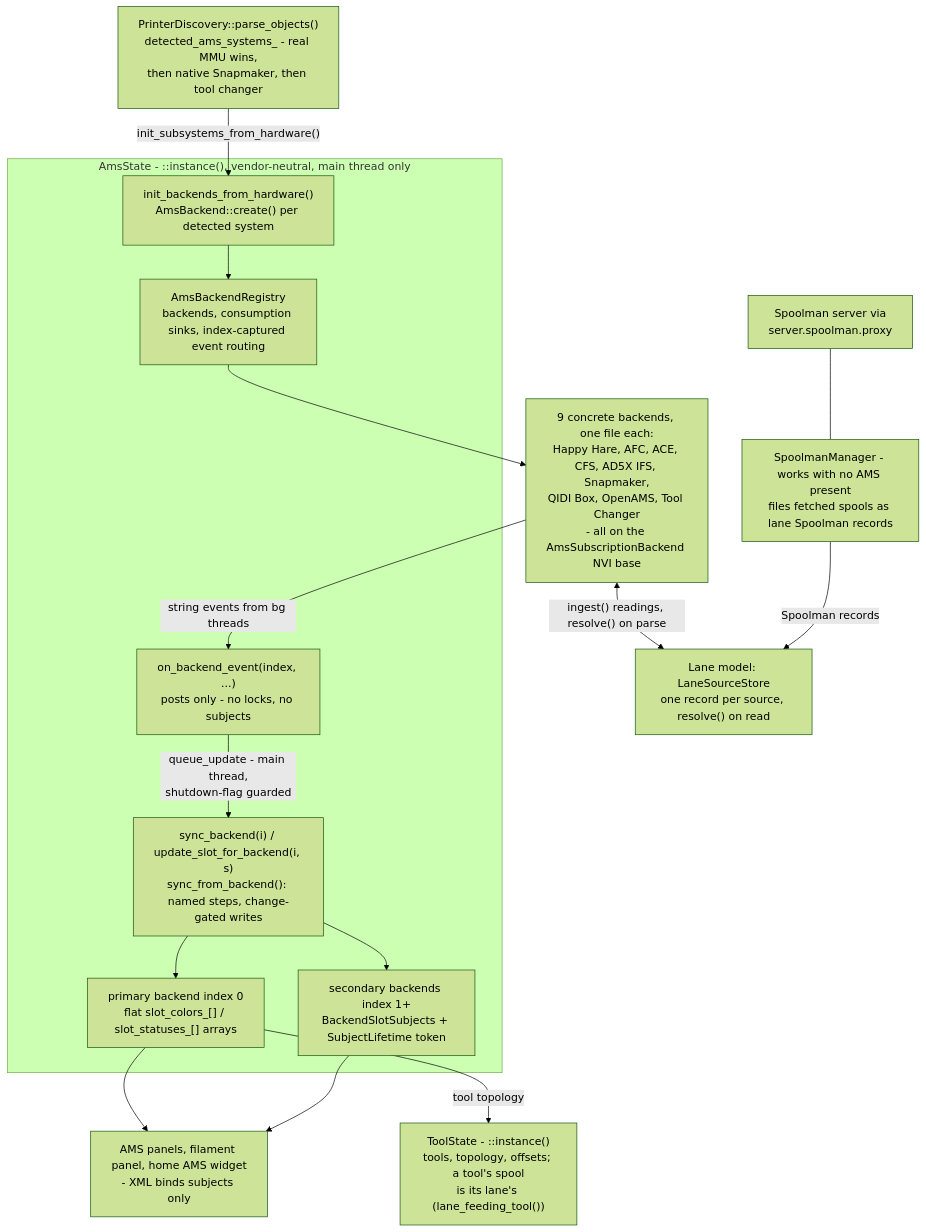
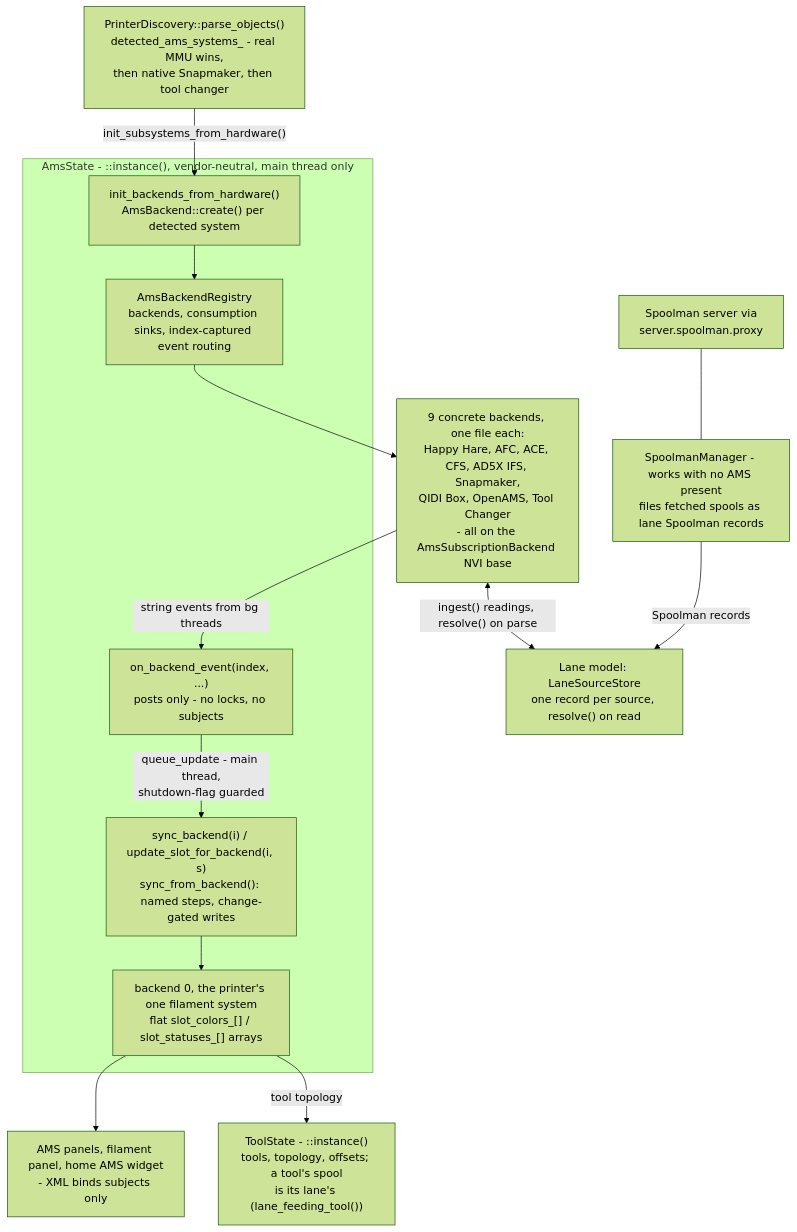
Before and after one commit to prestonbrown/helixscreen: the diagram in docs/devel/architecture/07-filament-ams.md, drawn with Mermaid (forest theme). The commit also changed other lines of this file and 23 other files, not shown here.

First line of the commit message:
refactor(filament): drop the AMS backend selector; a printer has one filament system

````diff
--- a/docs/devel/architecture/07-filament-ams.md
+++ b/docs/devel/architecture/07-filament-ams.md
@@ -9,38 +9,35 @@
 ```mermaid
 flowchart TB
     PO["PrinterDiscovery::parse_objects()<br/>detected_ams_systems_ - real MMU wins,<br/>then native Snapmaker, then tool changer"]
 
     subgraph AMS["AmsState - ::instance(), vendor-neutral, main thread only"]
         INIT["init_backends_from_hardware()<br/>AmsBackend::create() per detected system"]
         kReg["AmsBackendRegistry<br/>backends, consumption sinks, index-captured event routing"]
         EV["on_backend_event(index, ...)<br/>posts only - no locks, no subjects"]
         SYNC["sync_backend(i) / update_slot_for_backend(i, s)<br/>sync_from_backend(): named steps, change-gated writes"]
-        B0["primary backend index 0<br/>flat slot_colors_[] / slot_statuses_[] arrays"]
-        B1["secondary backends index 1+<br/>BackendSlotSubjects + SubjectLifetime token"]
+        B0["backend 0, the printer's one filament system<br/>flat slot_colors_[] / slot_statuses_[] arrays"]
     end
 
     CONC["9 concrete backends, one file each:<br/>Happy Hare, AFC, ACE, CFS, AD5X IFS, Snapmaker,<br/>QIDI Box, OpenAMS, Tool Changer<br/>- all on the AmsSubscriptionBackend NVI base"]
 
     LANE["Lane model: LaneSourceStore<br/>one record per source, resolve() on read"]
 
     TS["ToolState - ::instance()<br/>tools, topology, offsets; a tool's spool<br/>is its lane's (lane_feeding_tool())"]
 
     SM["SpoolmanManager - works with no AMS present<br/>files fetched spools as lane Spoolman records"]
     SPOOL["Spoolman server via<br/>server.spoolman.proxy"]
 
     UI["AMS panels, filament panel, home AMS widget<br/>- XML binds subjects only"]
 
     PO -->|"init_subsystems_from_hardware()"| INIT
     INIT --> kReg
     kReg --> CONC
     CONC -->|"string events from bg threads"| EV
     CONC <-->|"ingest() readings, resolve() on parse"| LANE
     EV -->|"queue_update - main thread,<br/>shutdown-flag guarded"| SYNC
     SYNC --> B0
-    SYNC --> B1
     B0 --> UI
-    B1 --> UI
     B0 -->|"tool topology"| TS
     SM -->|"Spoolman records"| LANE
     SPOOL --- SM
 ```
````
